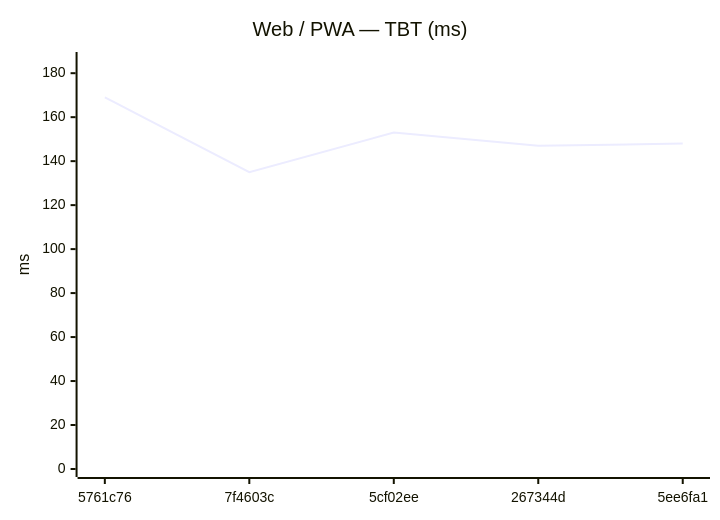
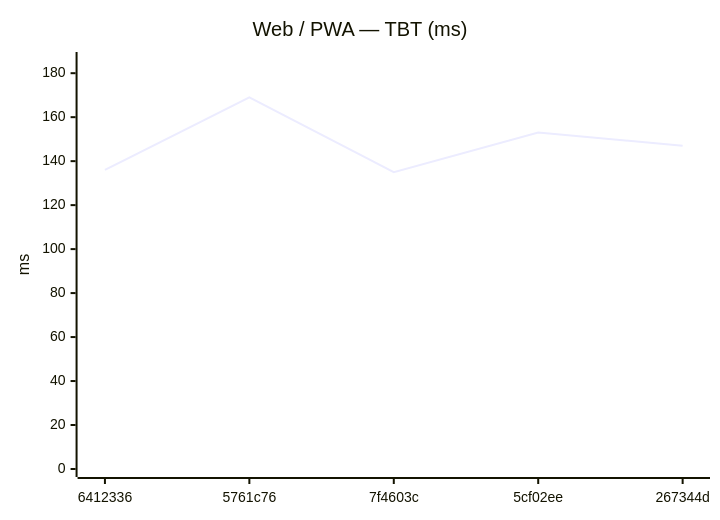
Before and after one commit to Metaheurist/Rianell: the eighth of 18 diagrams in benchmarks/compare.md, drawn with Mermaid. The commit also changed other lines of this file and 11 other files, not shown here.

````diff
--- a/benchmarks/compare.md
+++ b/benchmarks/compare.md
@@ -124,7 +124,7 @@
 ```mermaid
 xychart-beta
     title "Web / PWA — TBT (ms)"
-    x-axis ["5761c76", "7f4603c", "5cf02ee", "267344d", "5ee6fa1"]
+    x-axis ["6412336", "5761c76", "7f4603c", "5cf02ee", "267344d"]
     y-axis "ms" 0 --> 186
-    line [169, 135, 153, 147, 148]
+    line [136, 169, 135, 153, 147]
 ```
````
